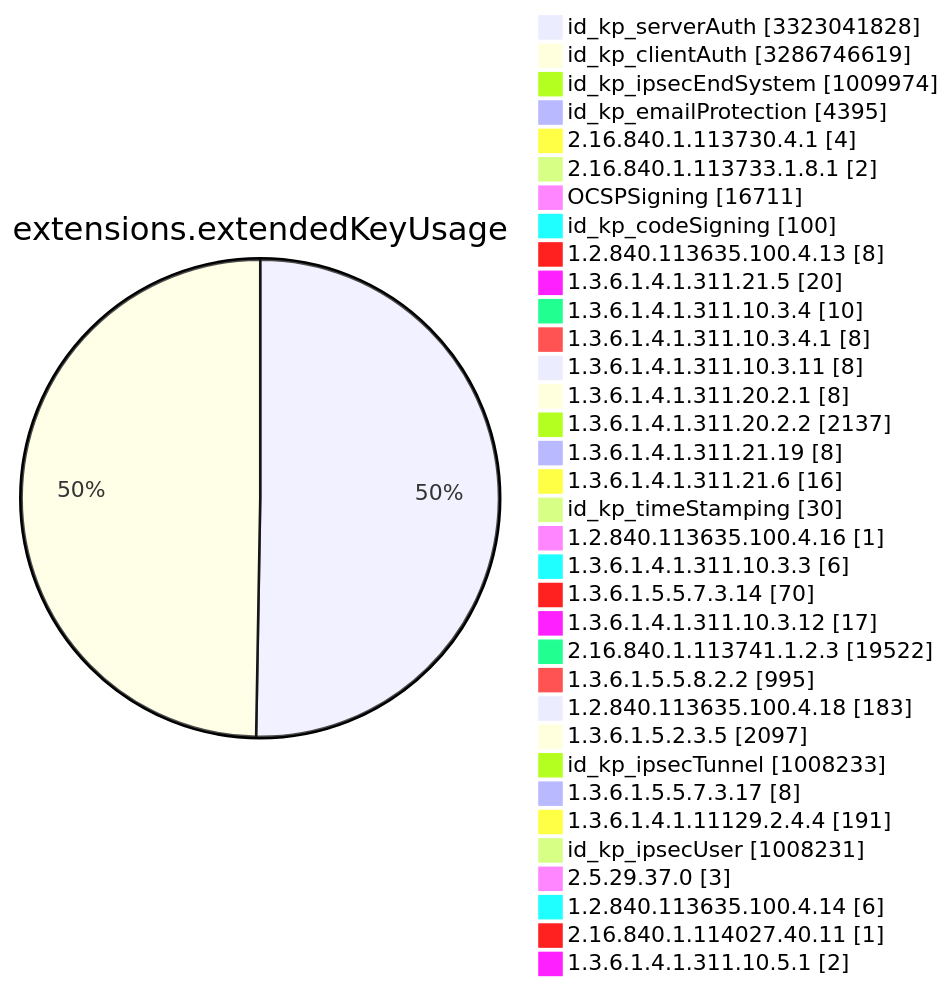
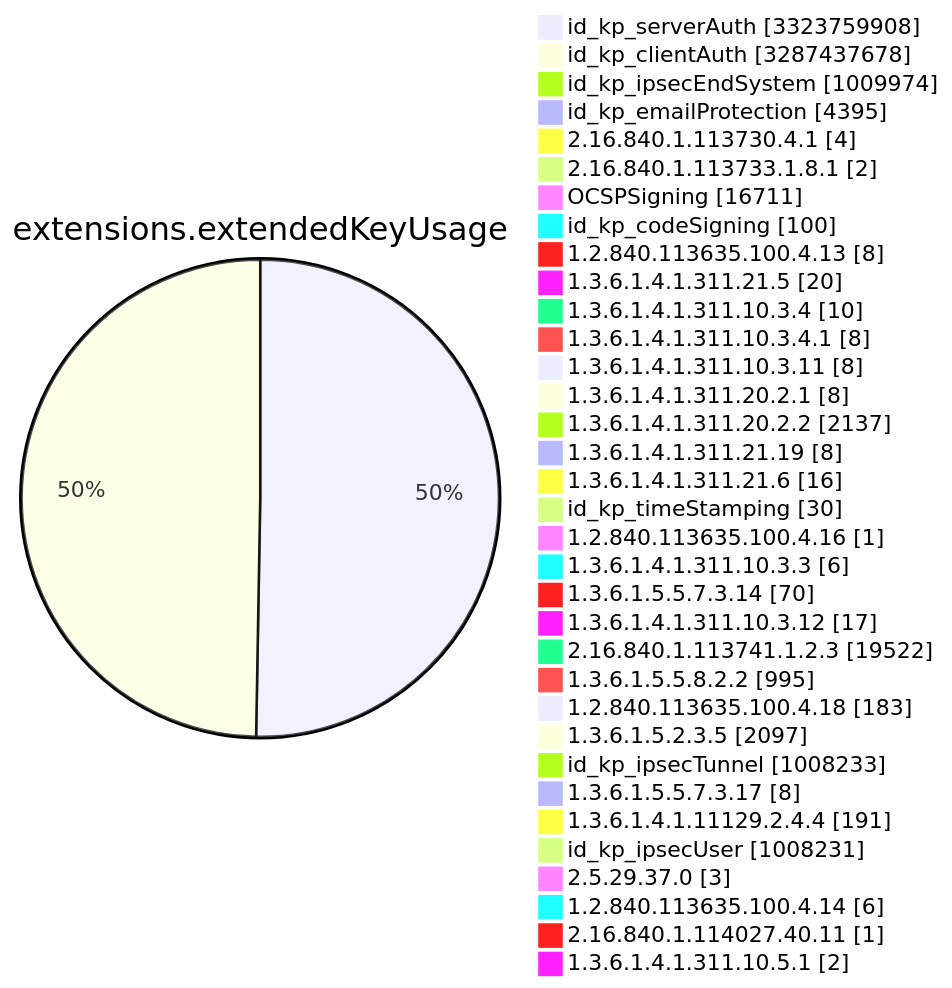
One commit to christiankrug/ctmonitor_visualization changed diagram 11 of 15 in TOTAL/README.md. Above: the diagram before and after it, drawn with Mermaid. The commit also changed other lines of this file, not shown here.

````diff
--- a/TOTAL/README.md
+++ b/TOTAL/README.md
@@ -4120,38 +4120,38 @@
 ```mermaid
 pie showData
 title extensions.extendedKeyUsage
-"id_kp_serverAuth" :3323041828
-"id_kp_clientAuth" :3286746619
+"id_kp_serverAuth" :3323759908
+"id_kp_clientAuth" :3287437678
 "id_kp_ipsecEndSystem" :1009974
 "id_kp_emailProtection" :4395
 "2.16.840.1.113730.4.1" :4
 "2.16.840.1.113733.1.8.1" :2
 "OCSPSigning" :16711
 "id_kp_codeSigning" :100
 "1.2.840.113635.100.4.13" :8
 "1.3.6.1.4.1.311.21.5" :20
 "1.3.6.1.4.1.311.10.3.4" :10
 "1.3.6.1.4.1.311.10.3.4.1" :8
 "1.3.6.1.4.1.311.10.3.11" :8
 "1.3.6.1.4.1.311.20.2.1" :8
 "1.3.6.1.4.1.311.20.2.2" :2137
 "1.3.6.1.4.1.311.21.19" :8
 "1.3.6.1.4.1.311.21.6" :16
 "id_kp_timeStamping" :30
 "1.2.840.113635.100.4.16" :1
 "1.3.6.1.4.1.311.10.3.3" :6
 "1.3.6.1.5.5.7.3.14" :70
 "1.3.6.1.4.1.311.10.3.12" :17
 "2.16.840.1.113741.1.2.3" :19522
 "1.3.6.1.5.5.8.2.2" :995
 "1.2.840.113635.100.4.18" :183
 "1.3.6.1.5.2.3.5" :2097
 "id_kp_ipsecTunnel" :1008233
 "1.3.6.1.5.5.7.3.17" :8
 "1.3.6.1.4.1.11129.2.4.4" :191
 "id_kp_ipsecUser" :1008231
 "2.5.29.37.0" :3
 "1.2.840.113635.100.4.14" :6
 "2.16.840.1.114027.40.11" :1
 "1.3.6.1.4.1.311.10.5.1" :2
 ```
````
